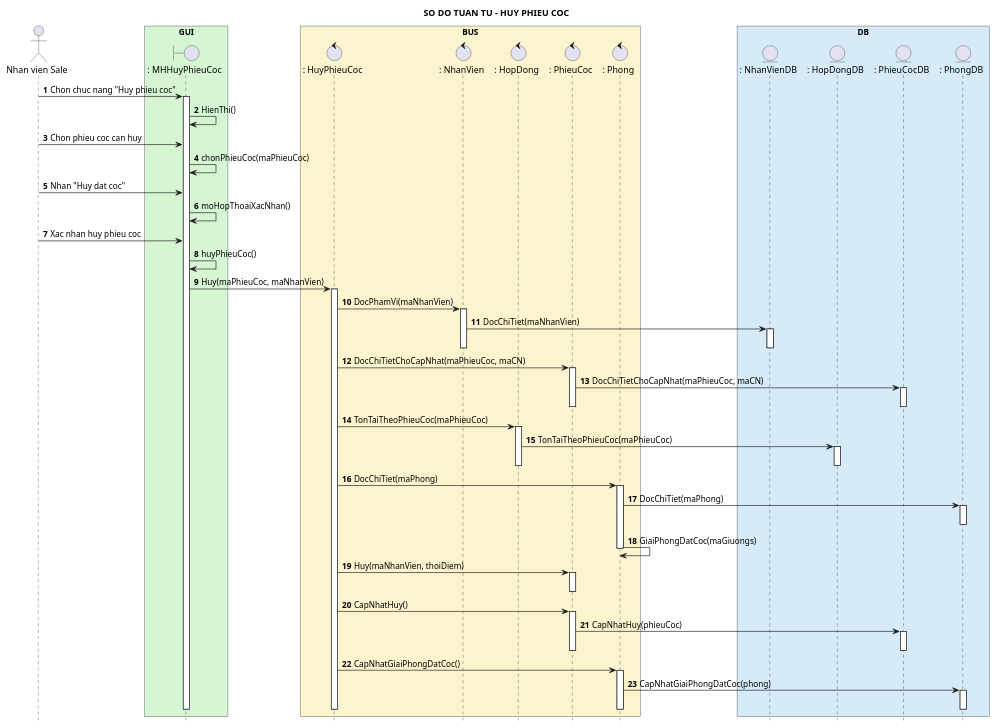
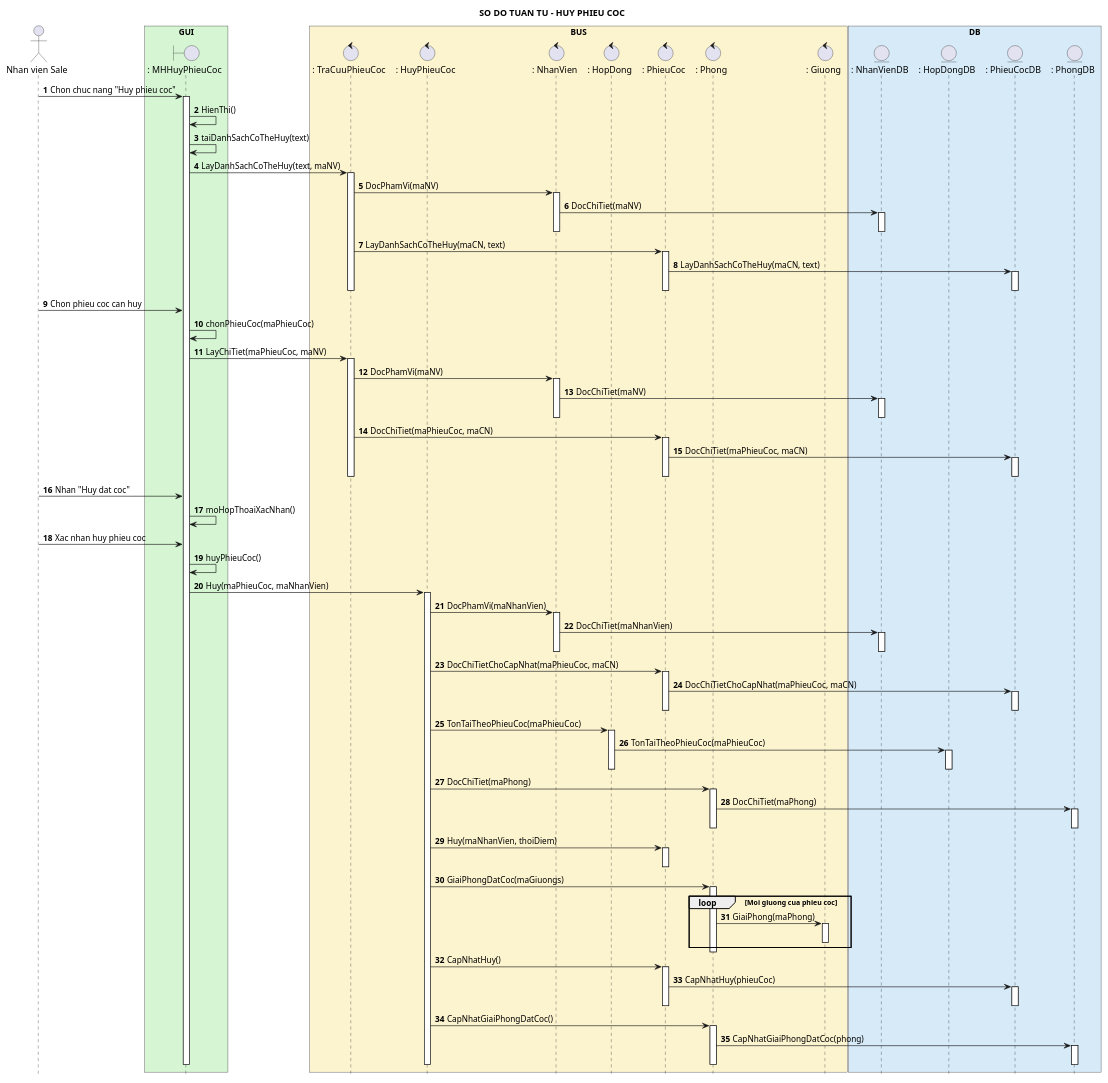
One commit to Ming1309/HomeStay-Dorm changed the diagram in docs/uml/huy-phieu-coc-sequence.puml. Above: the diagram before and after it, drawn with PlantUML. The commit also changed 31 other files, not shown here.

Commit message:
docs(uml): add deposit control checks and validate sequence parameter arities

```diff
--- a/docs/uml/huy-phieu-coc-sequence.puml
+++ b/docs/uml/huy-phieu-coc-sequence.puml
@@ -1,77 +1,117 @@
 @startuml
 title SO DO TUAN TU - HUY PHIEU COC
 hide footbox
 autonumber 1 1
 skinparam shadowing false
 actor "Nhan vien Sale" as Sale
 box "GUI" #D5F5D3
 boundary ": MHHuyPhieuCoc" as MH
 end box
 box "BUS" #FCF3CF
+control ": TraCuuPhieuCoc" as TC
 control ": HuyPhieuCoc" as UC
 control ": NhanVien" as NV
 control ": HopDong" as HD
 control ": PhieuCoc" as PC
 control ": Phong" as P
+control ": Giuong" as G
 end box
 box "DB" #D6EAF8
 entity ": NhanVienDB" as NVDB
 entity ": HopDongDB" as HDDB
 entity ": PhieuCocDB" as PCDB
 entity ": PhongDB" as PDB
 end box
 
 Sale -> MH : Chon chuc nang "Huy phieu coc"
 activate MH
 MH -> MH : HienThi()
+MH -> MH : taiDanhSachCoTheHuy(text)
+MH -> TC : LayDanhSachCoTheHuy(text, maNV)
+activate TC
+TC -> NV : DocPhamVi(maNV)
+activate NV
+NV -> NVDB : DocChiTiet(maNV)
+activate NVDB
+deactivate NVDB
+deactivate NV
+TC -> PC : LayDanhSachCoTheHuy(maCN, text)
+activate PC
+PC -> PCDB : LayDanhSachCoTheHuy(maCN, text)
+activate PCDB
+deactivate PCDB
+deactivate PC
+deactivate TC
 Sale -> MH : Chon phieu coc can huy
 MH -> MH : chonPhieuCoc(maPhieuCoc)
+MH -> TC : LayChiTiet(maPhieuCoc, maNV)
+activate TC
+TC -> NV : DocPhamVi(maNV)
+activate NV
+NV -> NVDB : DocChiTiet(maNV)
+activate NVDB
+deactivate NVDB
+deactivate NV
+TC -> PC : DocChiTiet(maPhieuCoc, maCN)
+activate PC
+PC -> PCDB : DocChiTiet(maPhieuCoc, maCN)
+activate PCDB
+deactivate PCDB
+deactivate PC
+deactivate TC
 Sale -> MH : Nhan "Huy dat coc"
 MH -> MH : moHopThoaiXacNhan()
 Sale -> MH : Xac nhan huy phieu coc
 MH -> MH : huyPhieuCoc()
 MH -> UC : Huy(maPhieuCoc, maNhanVien)
 activate UC
 UC -> NV : DocPhamVi(maNhanVien)
 activate NV
 NV -> NVDB : DocChiTiet(maNhanVien)
 activate NVDB
 deactivate NVDB
 deactivate NV
 UC -> PC : DocChiTietChoCapNhat(maPhieuCoc, maCN)
 activate PC
 PC -> PCDB : DocChiTietChoCapNhat(maPhieuCoc, maCN)
 activate PCDB
 deactivate PCDB
 deactivate PC
 UC -> HD : TonTaiTheoPhieuCoc(maPhieuCoc)
 activate HD
 HD -> HDDB : TonTaiTheoPhieuCoc(maPhieuCoc)
 activate HDDB
 deactivate HDDB
 deactivate HD
 UC -> P : DocChiTiet(maPhong)
 activate P
 P -> PDB : DocChiTiet(maPhong)
 activate PDB
 deactivate PDB
-P -> P : GiaiPhongDatCoc(maGiuongs)
 deactivate P
 UC -> PC : Huy(maNhanVien, thoiDiem)
 activate PC
 deactivate PC
+UC -> P : GiaiPhongDatCoc(maGiuongs)
+activate P
+loop Moi giuong cua phieu coc
+  P -> G : GiaiPhong(maPhong)
+  activate G
+  deactivate G
+end
+deactivate P
 UC -> PC : CapNhatHuy()
 activate PC
 PC -> PCDB : CapNhatHuy(phieuCoc)
 activate PCDB
 deactivate PCDB
 deactivate PC
 UC -> P : CapNhatGiaiPhongDatCoc()
 activate P
 P -> PDB : CapNhatGiaiPhongDatCoc(phong)
 activate PDB
 deactivate PDB
 deactivate P
 deactivate UC
 deactivate MH
 @enduml
```
